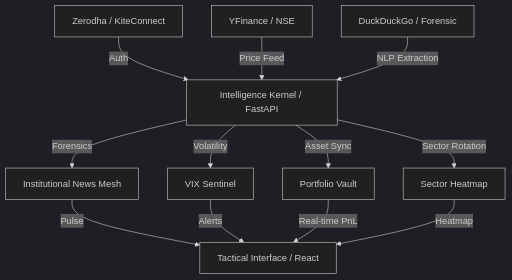
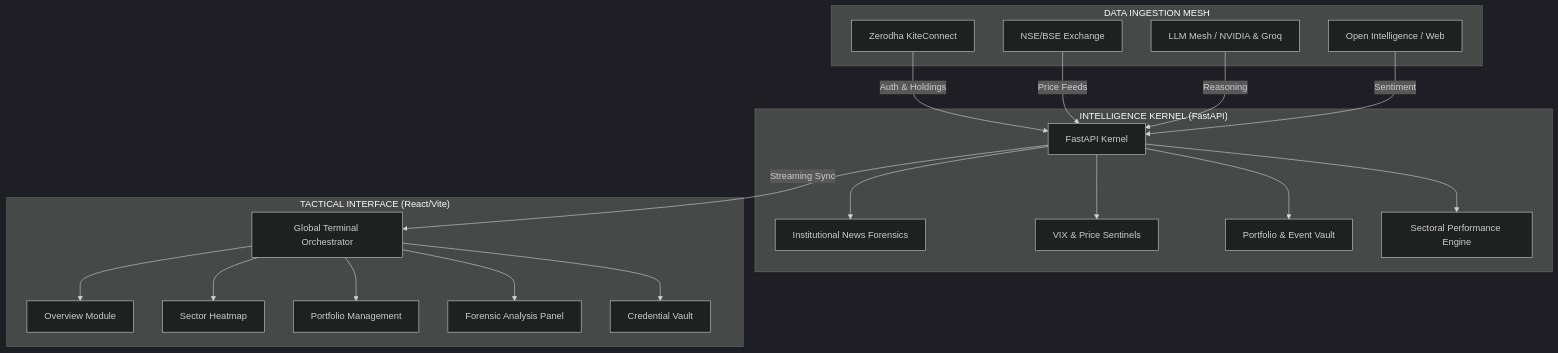
The diagram in README.md (hackers-reality/FinIntel), drawn with Mermaid (dark theme) before and after one commit. The commit also changed other lines of this file, not shown here.

````diff
--- a/README.md
+++ b/README.md
@@ -8,16 +8,26 @@
 ```mermaid
 graph TD
-    A[Intelligence Kernel / FastAPI] -->|Forensics| B[Institutional News Mesh]
-    A -->|Volatility| C[VIX Sentinel]
-    A -->|Asset Sync| D[Portfolio Vault]
-    A -->|Sector Rotation| E[Sector Heatmap]
-    
-    B -->|Pulse| F[Tactical Interface / React]
-    C -->|Alerts| F
-    D -->|Real-time PnL| F
-    E -->|Heatmap| F
-    
-    G[Zerodha / KiteConnect] -->|Auth| A
-    H[YFinance / NSE] -->|Price Feed| A
-    I[DuckDuckGo / Forensic] -->|NLP Extraction| A
+    subgraph "INTELLIGENCE KERNEL (FastAPI)"
+        A[FastAPI Kernel] --> B[Institutional News Forensics]
+        A --> C[VIX & Price Sentinels]
+        A --> D[Portfolio & Event Vault]
+        A --> E[Sectoral Performance Engine]
+    end
+
+    subgraph "TACTICAL INTERFACE (React/Vite)"
+        F[Global Terminal Orchestrator] --> G[Overview Module]
+        F --> H[Sector Heatmap]
+        F --> I[Portfolio Management]
+        F --> J[Forensic Analysis Panel]
+        F --> K[Credential Vault]
+    end
+
+    subgraph "DATA INGESTION MESH"
+        L[Zerodha KiteConnect] -->|Auth & Holdings| A
+        M[NSE/BSE Exchange] -->|Price Feeds| A
+        N[LLM Mesh / NVIDIA & Groq] -->|Reasoning| A
+        O[Open Intelligence / Web] -->|Sentiment| A
+    end
+
+    A -->|Streaming Sync| F
 ```
````
